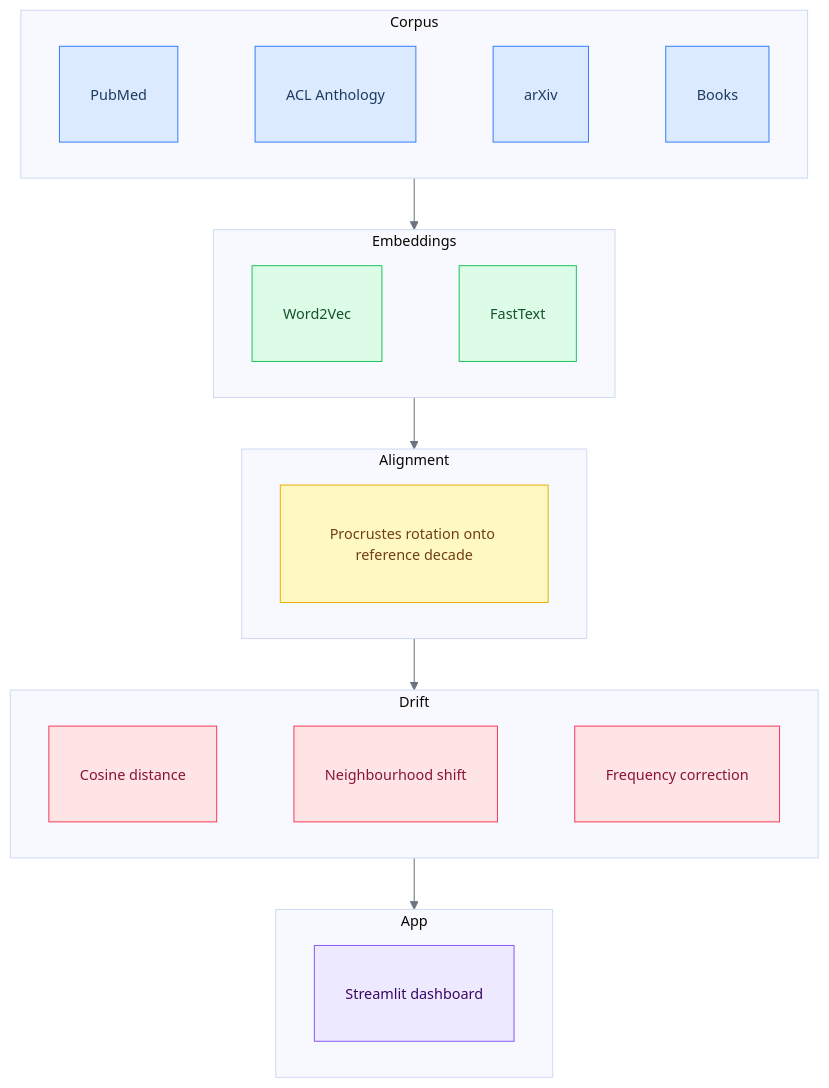
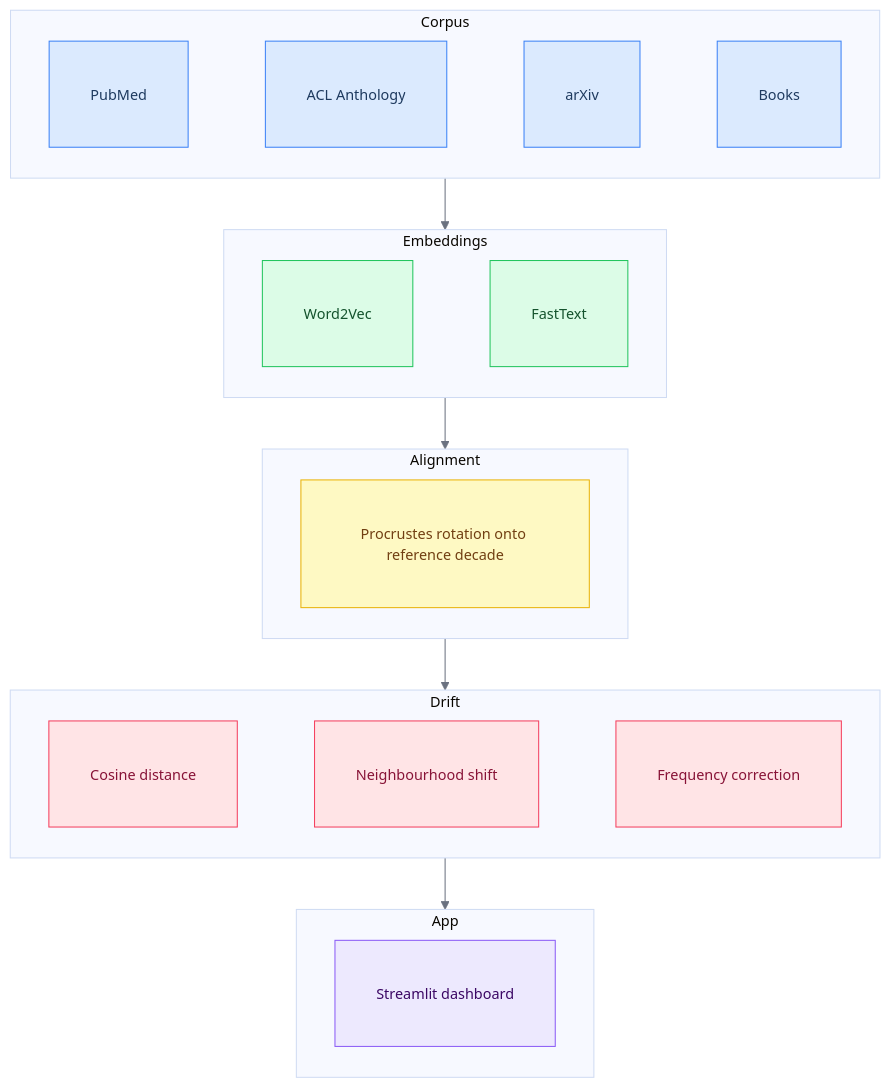
One commit to Dovalization/interpretant changed the diagram in README.md. Above: the diagram before and after it, drawn with Mermaid.

Commit message:
docs(readme): increase subgraph padding via flowchart init config

````diff
--- a/README.md
+++ b/README.md
@@ -52,42 +52,42 @@
 ```mermaid
-%%{init: {'theme': 'base', 'themeVariables': {'fontSize': '14px', 'lineColor': '#6b7280', 'edgeLabelBackground': '#ffffff'}}}%%
+%%{init: {'theme': 'base', 'themeVariables': {'fontSize': '14px', 'lineColor': '#6b7280', 'edgeLabelBackground': '#ffffff'}, 'flowchart': {'padding': 20, 'nodeSpacing': 40, 'rankSpacing': 50}}}%%
 flowchart TD
     classDef corpus  fill:#dbeafe,stroke:#3b82f6,color:#1e3a5f,padding:8px
     classDef embed   fill:#dcfce7,stroke:#22c55e,color:#14532d,padding:8px
     classDef align   fill:#fef9c3,stroke:#eab308,color:#713f12,padding:8px
     classDef drift   fill:#ffe4e6,stroke:#f43f5e,color:#881337,padding:8px
     classDef app     fill:#ede9fe,stroke:#8b5cf6,color:#3b0764,padding:8px
 
     subgraph corpus["Corpus"]
         direction LR
         C1[PubMed] ~~~ C2[ACL Anthology] ~~~ C3[arXiv] ~~~ C4[Books]
     end
 
     subgraph embed["Embeddings"]
         direction LR
         E1[Word2Vec] ~~~ E2[FastText]
     end
 
     subgraph align["Alignment"]
         direction LR
         A1[Procrustes rotation onto reference decade]
     end
 
     subgraph drift["Drift"]
         direction LR
         D1[Cosine distance] ~~~ D2[Neighbourhood shift] ~~~ D3[Frequency correction]
     end
 
     subgraph app["App"]
         direction LR
         P1[Streamlit dashboard]
     end
 
     corpus --> embed --> align --> drift --> app
 
     class C1,C2,C3,C4 corpus
     class E1,E2 embed
     class A1 align
     class D1,D2,D3 drift
     class P1 app
 ```
````
